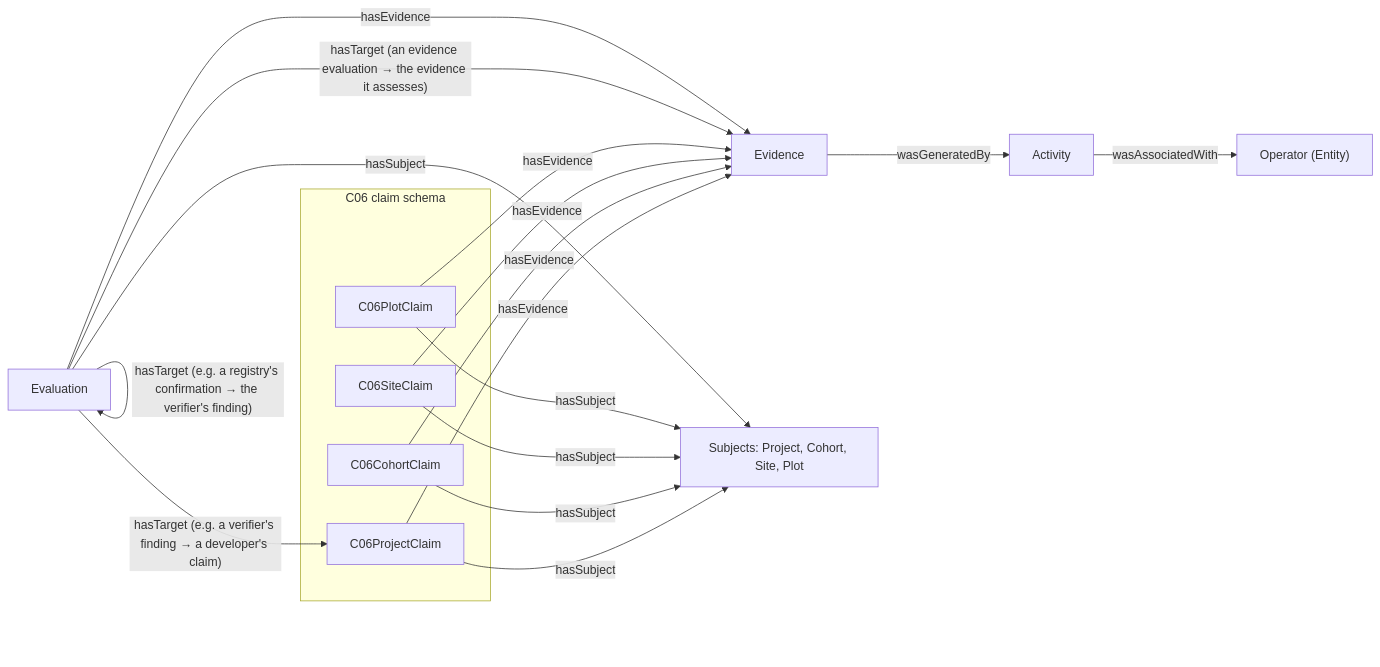
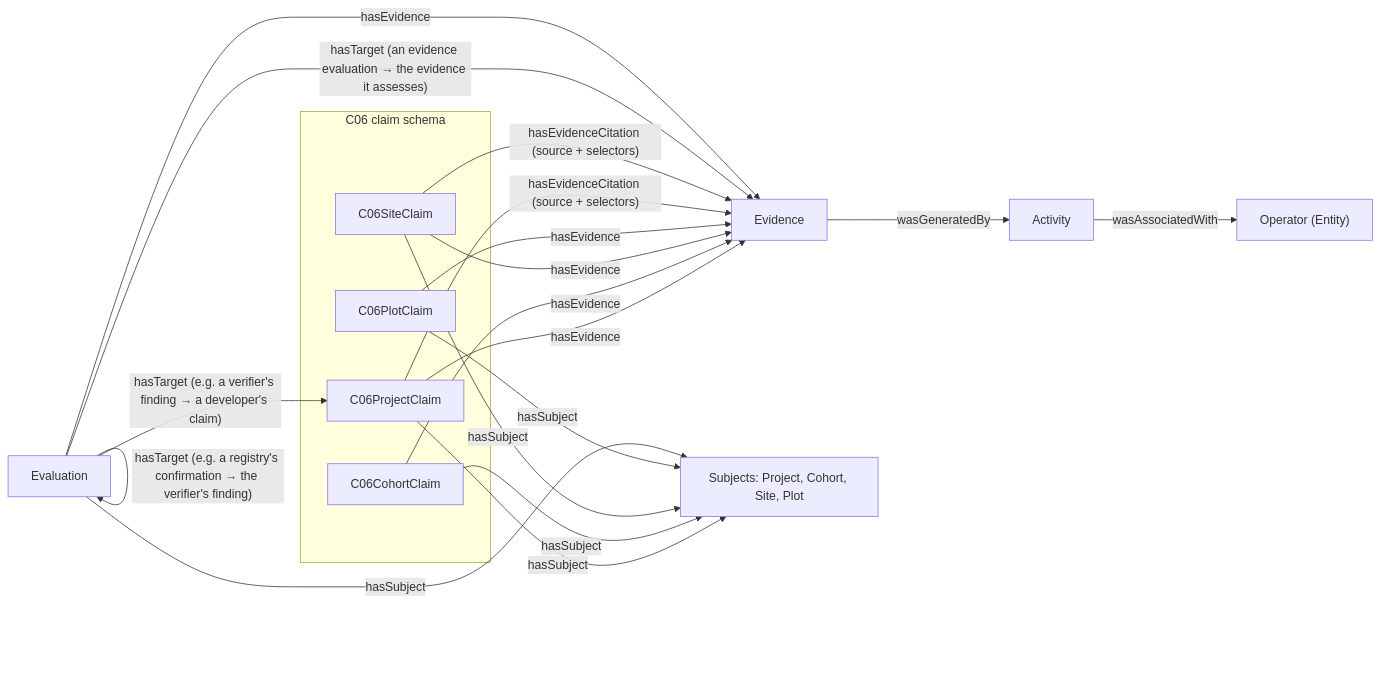
One commit to regen-network/regen-data-standards changed the first of 2 diagrams in docs/evaluation-and-evidence.md. Above: the diagram before and after it, drawn with Mermaid. The commit also changed other lines of this file and 61 other files, not shown here.

First line of the commit message:
feat(schema): reference Evidence by IRI and cite passages with Web Annotation selectors (#73)

````diff
--- a/docs/evaluation-and-evidence.md
+++ b/docs/evaluation-and-evidence.md
@@ -19,24 +19,25 @@
 ```mermaid
 flowchart LR
     subgraph C06["C06 claim schema"]
       PC[C06ProjectClaim]
       CC[C06CohortClaim]
       SC[C06SiteClaim]
       PLC[C06PlotClaim]
     end
     A[Evaluation]
     E[Evidence]
     ACT[Activity]
     OP["Operator (Entity)"]
     S["Subjects: Project, Cohort, Site, Plot"]
 
     PC & CC & SC & PLC -- hasSubject --> S
     PC & CC & SC & PLC -- hasEvidence --> E
+    PC & SC -- "hasEvidenceCitation (source + selectors)" --> E
     A -- "hasTarget (e.g. a verifier's finding → a developer's claim)" --> PC
     A -- "hasTarget (e.g. a registry's confirmation → the verifier's finding)" --> A
     A -- "hasTarget (an evidence evaluation → the evidence it assesses)" --> E
     A -- hasSubject --> S
     A -- hasEvidence --> E
     E -- wasGeneratedBy --> ACT
     ACT -- wasAssociatedWith --> OP
 ```
````
